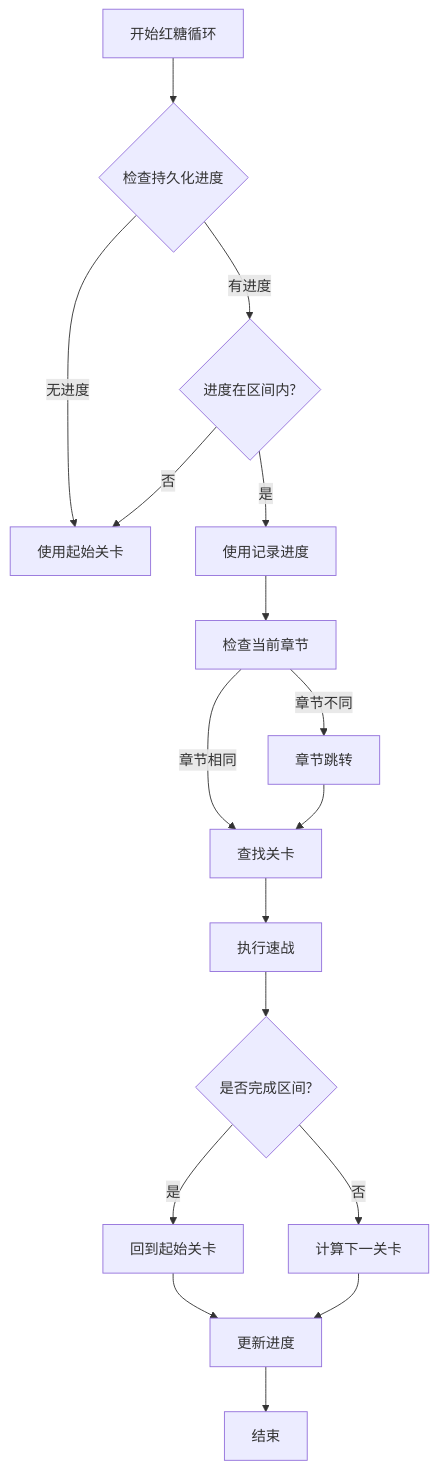
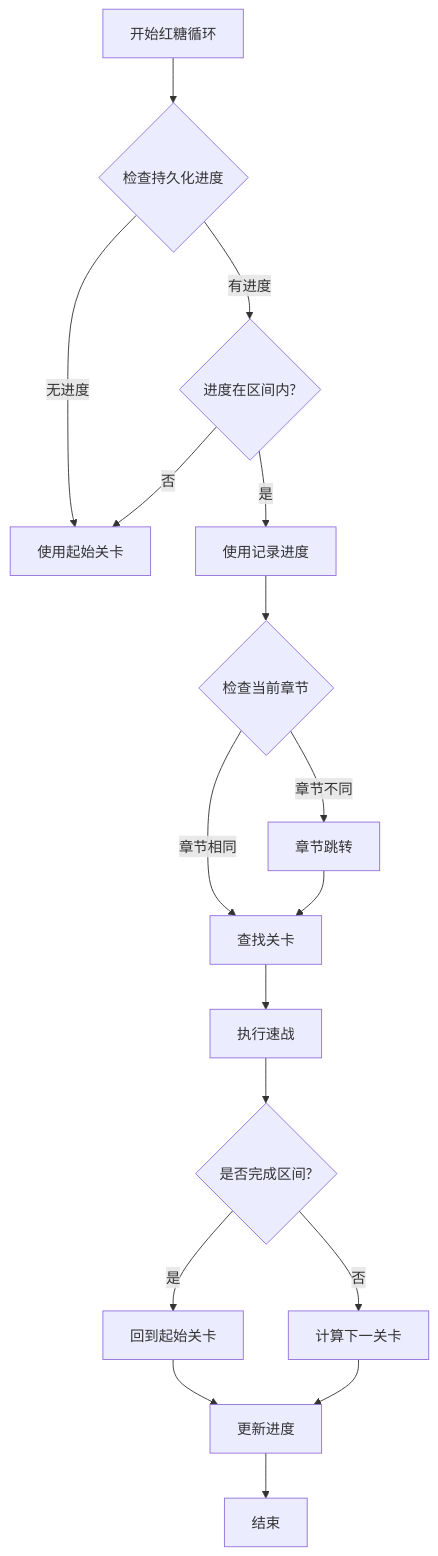
The sixth of 11 diagrams in .qoder/repowiki/zh/content/Daily Clear Purple Candy Functionality.md (kqcoxn/MaaDuDuL), drawn with Mermaid before and after one commit. The commit also changed other lines of this file and 9 other files, not shown here.

````diff
--- a/.qoder/repowiki/zh/content/Daily Clear Purple Candy Functionality.md
+++ b/.qoder/repowiki/zh/content/Daily Clear Purple Candy Functionality.md
@@ -252,19 +289,19 @@
 ```mermaid
 flowchart TD
 A[开始红糖循环] --> B{检查持久化进度}
 B --> |无进度| C[使用起始关卡]
 B --> |有进度| D{进度在区间内?}
 D --> |否| C
 D --> |是| E[使用记录进度]
-E --> F[检查当前章节]
+E --> F{检查当前章节}
 F --> |章节相同| G[查找关卡]
 F --> |章节不同| H[章节跳转]
 H --> G
 G --> I[执行速战]
 I --> J{是否完成区间?}
 J --> |是| K[回到起始关卡]
 J --> |否| L[计算下一关卡]
 K --> M[更新进度]
 L --> M
 M --> N[结束]
 ```
````
